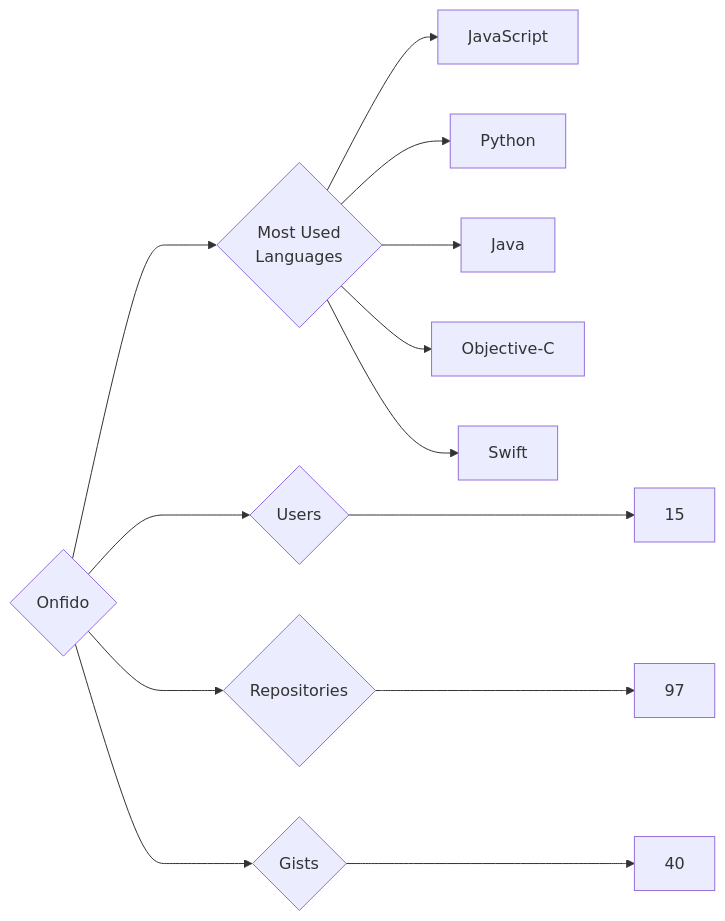
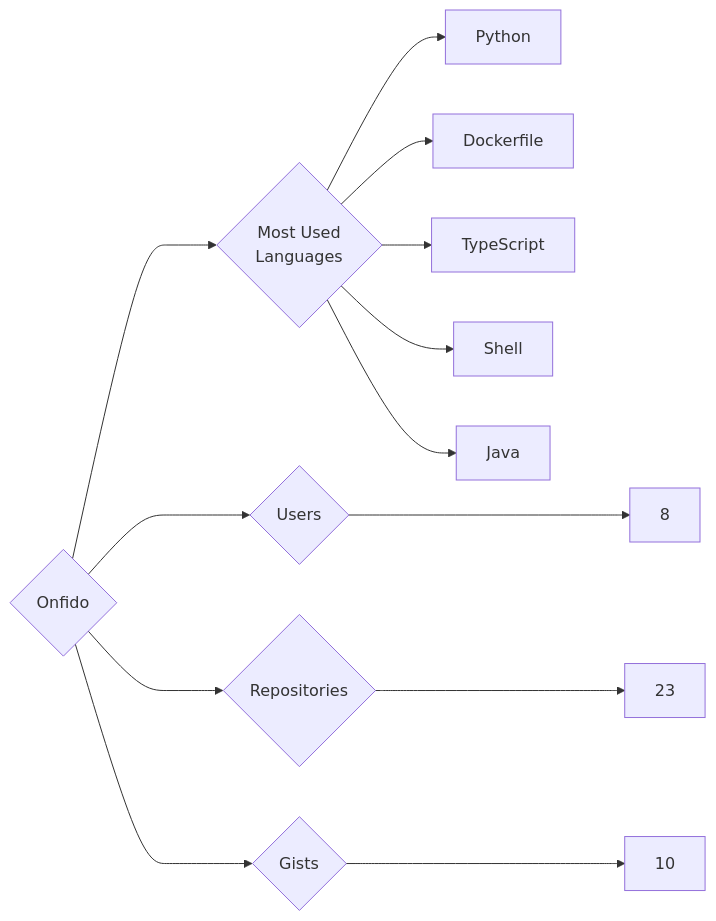
Before and after one commit to trickest/insiders: the diagram in targets/Onfido/README.md, drawn with Mermaid. The commit also changed 1479 other files, not shown here.

````diff
--- a/targets/Onfido/README.md
+++ b/targets/Onfido/README.md
@@ -3,13 +3,13 @@
 ```mermaid
 graph LR
 COMPANY_NAME{Onfido}
-COMPANY_NAME ---> U{Users} ---> UN[15]
-COMPANY_NAME ---> R{Repositories} ---> RN[97]
-COMPANY_NAME ---> G{Gists} ---> GN[40]
+COMPANY_NAME ---> U{Users} ---> UN[8]
+COMPANY_NAME ---> R{Repositories} ---> RN[23]
+COMPANY_NAME ---> G{Gists} ---> GN[10]
 COMPANY_NAME ---> ML{Most Used<br>Languages}
-ML --> JavaScript[JavaScript]
 ML --> Python[Python]
+ML --> Dockerfile[Dockerfile]
+ML --> TypeScript[TypeScript]
+ML --> Shell[Shell]
 ML --> Java[Java]
-ML --> Objective-C[Objective-C]
-ML --> Swift[Swift]
 ```
````
